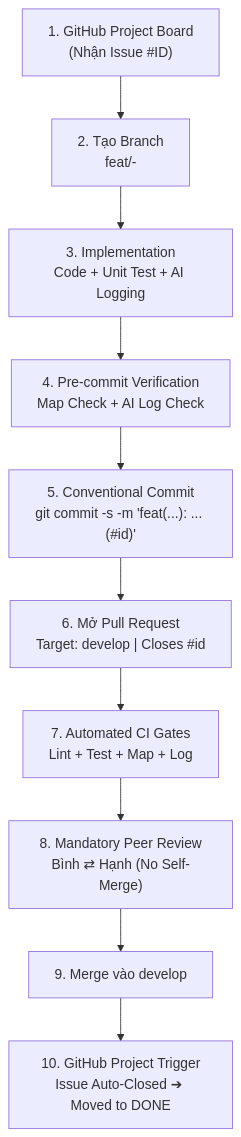
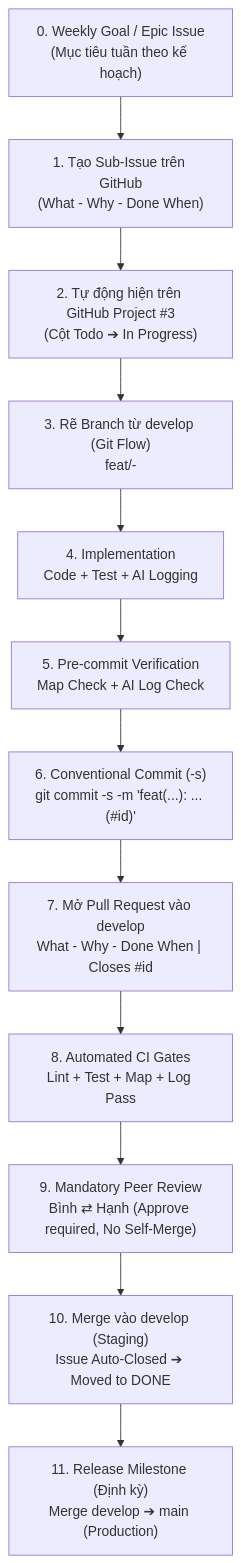
One commit to 1440isme/Circle changed the first of 2 diagrams in docs/guides/development-workflow.md. Above: the diagram before and after it, drawn with Mermaid. The commit also changed other lines of this file and 12 other files, not shown here.

First line of the commit message:
docs(workflow): establish Circle-Centric vision and enforce issue-first Git Flow governance

````diff
--- a/docs/guides/development-workflow.md
+++ b/docs/guides/development-workflow.md
@@ -9,12 +9,14 @@
 ```mermaid
 flowchart TD
-    A["1. GitHub Project Board\n(Nhận Issue #ID)"] --> B["2. Tạo Branch\nfeat/<id>-<slug>"]
-    B --> C["3. Implementation\nCode + Unit Test + AI Logging"]
-    C --> D["4. Pre-commit Verification\nMap Check + AI Log Check"]
-    D --> E["5. Conventional Commit\ngit commit -s -m 'feat(...): ... (#id)'"]
-    E --> F["6. Mở Pull Request\nTarget: develop | Closes #id"]
-    F --> G["7. Automated CI Gates\nLint + Test + Map + Log"]
-    G --> H["8. Mandatory Peer Review\nBình ⇄ Hạnh (No Self-Merge)"]
-    H --> I["9. Merge vào develop"]
-    I --> J["10. GitHub Project Trigger\nIssue Auto-Closed ➔ Moved to DONE"]
+    G["0. Weekly Goal / Epic Issue\n(Mục tiêu tuần theo kế hoạch)"] --> A
+    A["1. Tạo Sub-Issue trên GitHub\n(What - Why - Done When)"] --> B["2. Tự động hiện trên GitHub Project #3\n(Cột Todo ➔ In Progress)"]
+    B --> C["3. Rẽ Branch từ develop (Git Flow)\nfeat/<id>-<slug>"]
+    C --> D["4. Implementation\nCode + Test + AI Logging"]
+    D --> E["5. Pre-commit Verification\nMap Check + AI Log Check"]
+    E --> F["6. Conventional Commit (-s)\ngit commit -s -m 'feat(...): ... (#id)'"]
+    F --> G1["7. Mở Pull Request vào develop\nWhat - Why - Done When | Closes #id"]
+    G1 --> H["8. Automated CI Gates\nLint + Test + Map + Log Pass"]
+    H --> I["9. Mandatory Peer Review\nBình ⇄ Hạnh (Approve required, No Self-Merge)"]
+    I --> J["10. Merge vào develop (Staging)\nIssue Auto-Closed ➔ Moved to DONE"]
+    J --> K["11. Release Milestone (Định kỳ)\nMerge develop ➔ main (Production)"]
 ```
````
